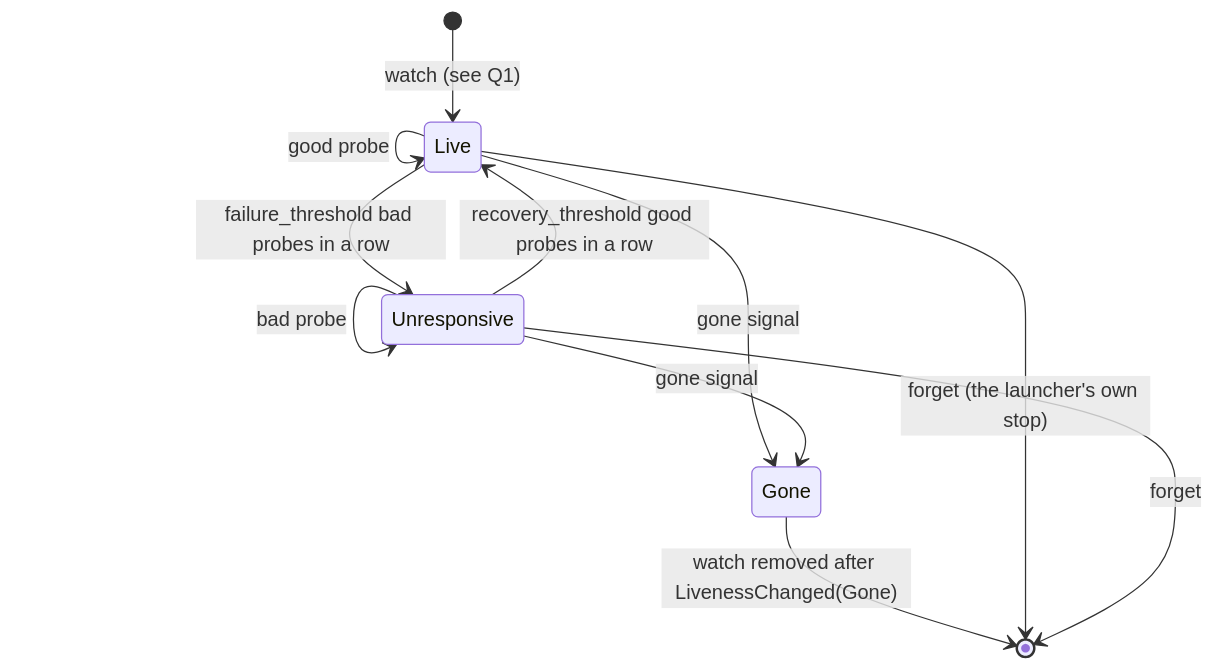
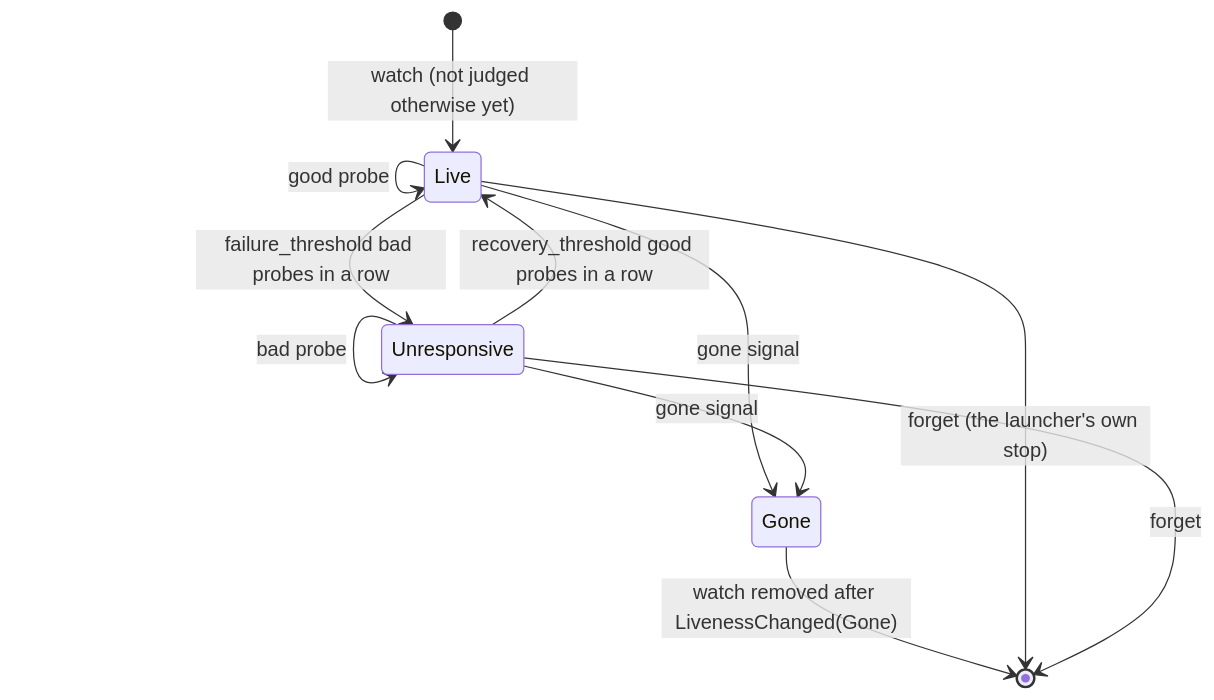
Before and after one commit to mcurcio/agentfs: the second of 4 diagrams in docs/target-architecture/domains/health.md, drawn with Mermaid. The commit also changed other lines of this file and 12 other files, not shown here.

````diff
--- a/docs/target-architecture/domains/health.md
+++ b/docs/target-architecture/domains/health.md
@@ -59,13 +59,13 @@
 ```mermaid
 stateDiagram-v2
-  [*] --> Live: watch (see Q1)
+  [*] --> Live: watch (not judged otherwise yet)
   Live --> Live: good probe
   Live --> Unresponsive: failure_threshold bad probes in a row
   Unresponsive --> Unresponsive: bad probe
   Unresponsive --> Live: recovery_threshold good probes in a row
   Live --> Gone: gone signal
   Unresponsive --> Gone: gone signal
   Gone --> [*]: watch removed after LivenessChanged(Gone)
   Live --> [*]: forget (the launcher's own stop)
   Unresponsive --> [*]: forget
 ```
````
